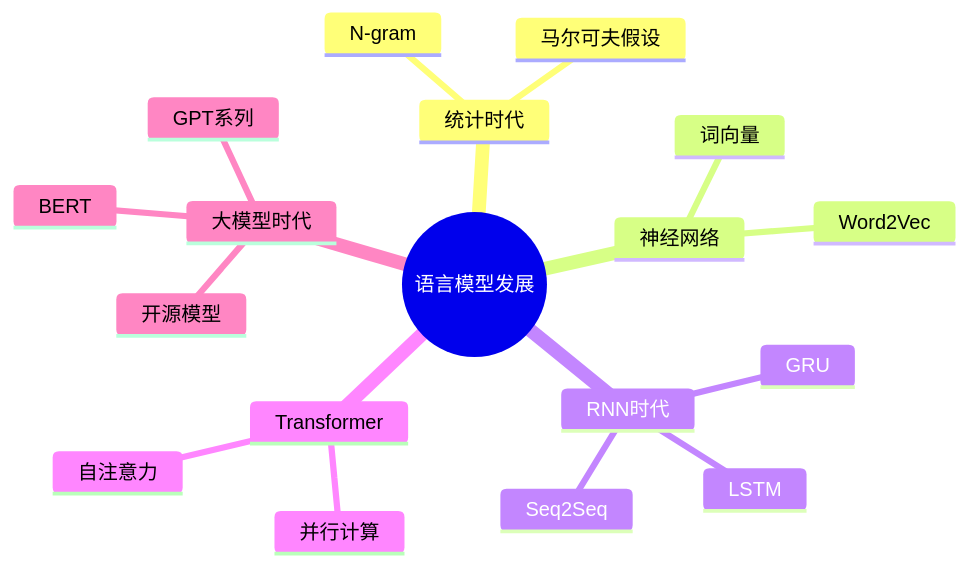
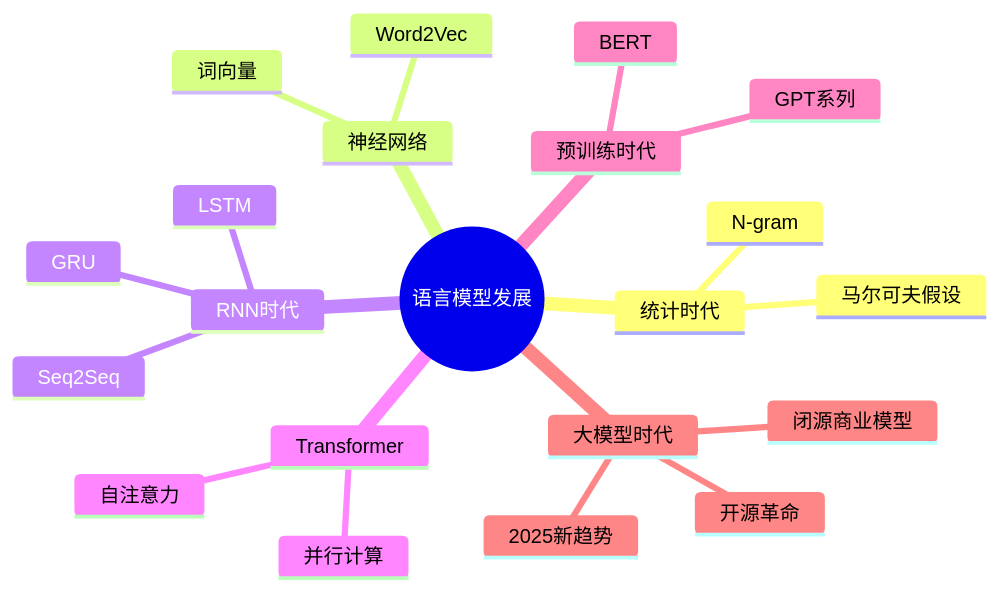
One commit to Xunzhuo/mini-sglang changed diagram 19 of 19 in learning/website/docs/basics/02-language-model-history.md. Above: the diagram before and after it, drawn with Mermaid. The commit also changed other lines of this file and 7 other files, not shown here.

````diff
--- a/learning/website/docs/basics/02-language-model-history.md
+++ b/learning/website/docs/basics/02-language-model-history.md
@@ -370,21 +524,24 @@
 ```mermaid
 mindmap
   root((语言模型发展))
     统计时代
       N-gram
       马尔可夫假设
     神经网络
       词向量
       Word2Vec
     RNN时代
       LSTM
       GRU
       Seq2Seq
     Transformer
       自注意力
       并行计算
-    大模型时代
+    预训练时代
       GPT系列
       BERT
-      开源模型
+    大模型时代
+      闭源商业模型
+      开源革命
+      2025新趋势
 ```
````
